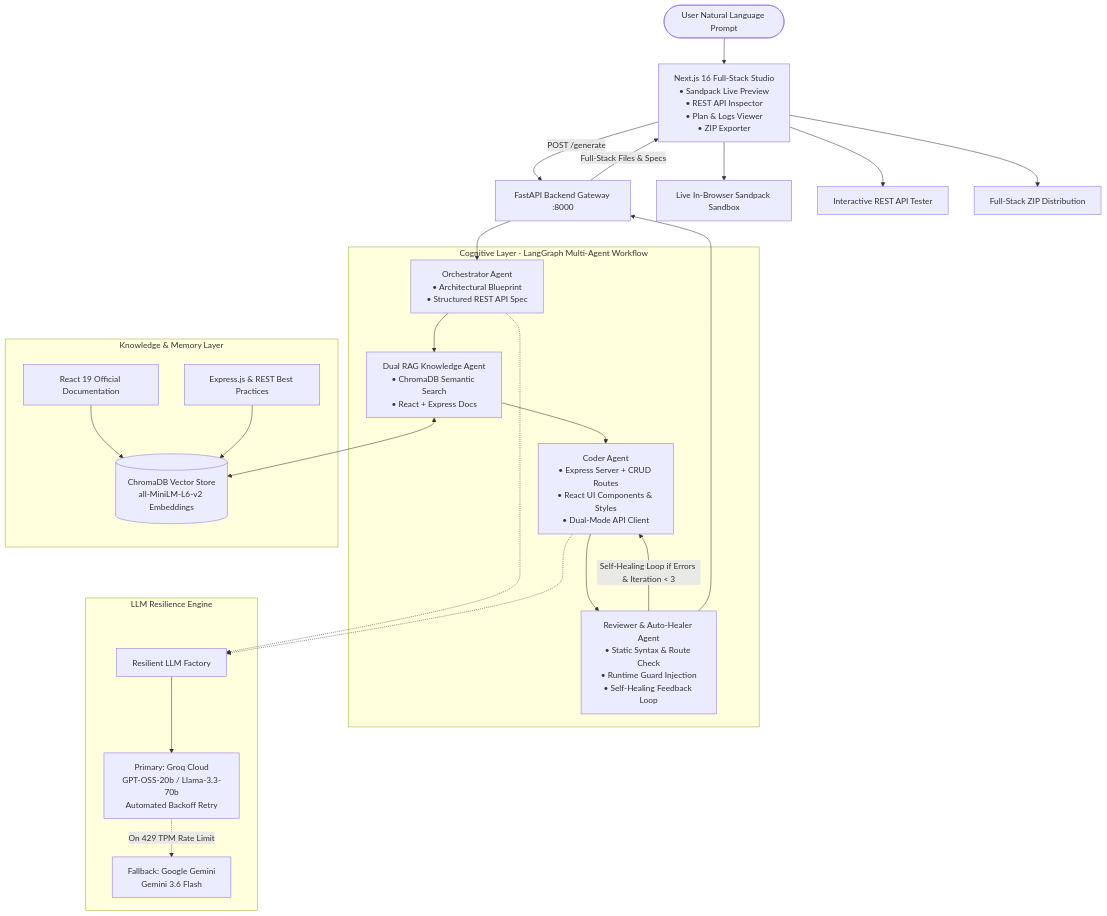
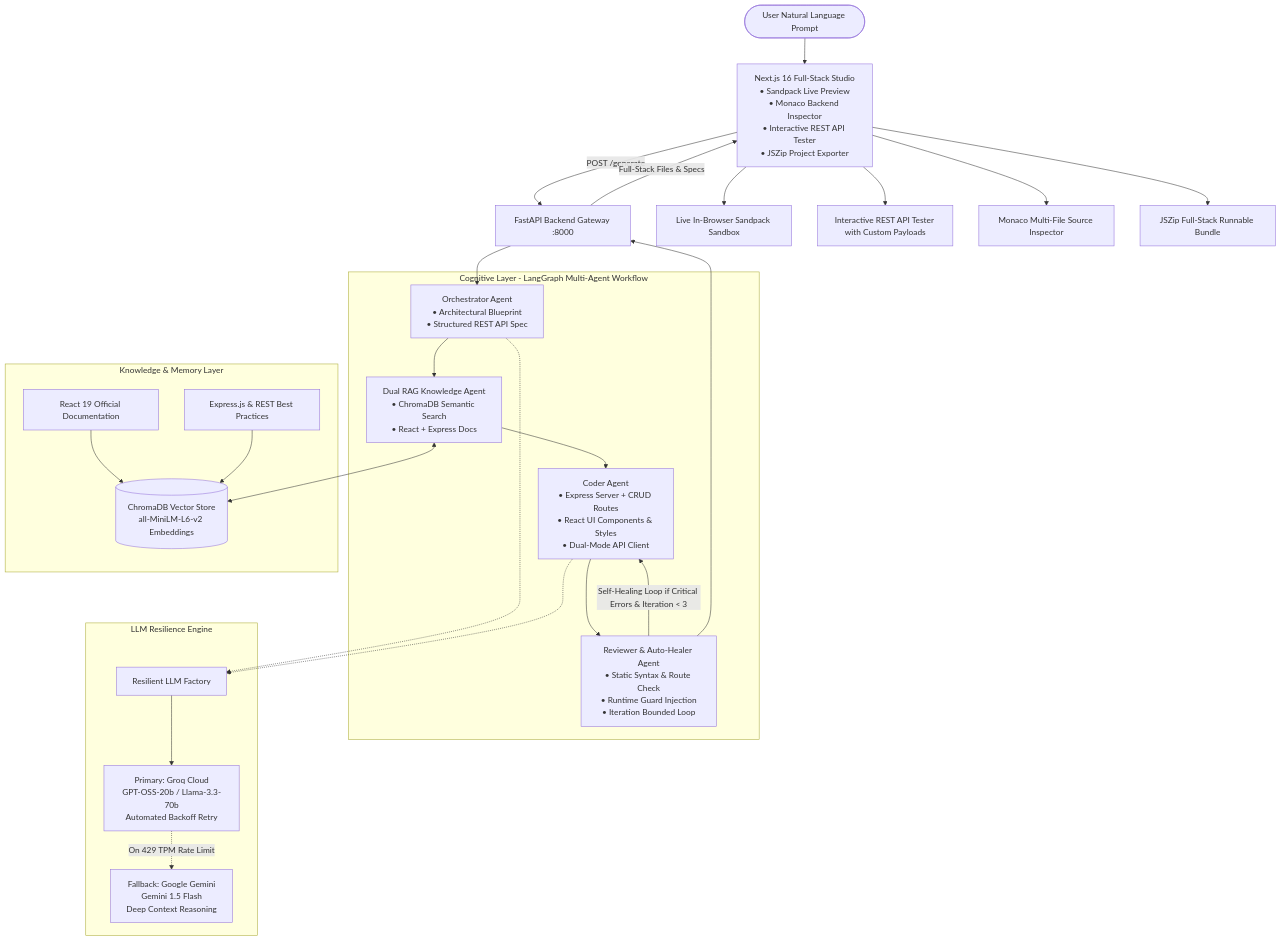
Before and after one commit to Nandinidurga/agentic-webdev: the first of 2 diagrams in architecture_and_workflow.md, drawn with Mermaid. The commit also changed other lines of this file, not shown here.

Commit message:
docs(architecture): update architecture diagrams and workflow specifications

````diff
--- a/architecture_and_workflow.md
+++ b/architecture_and_workflow.md
@@ -14,45 +14,46 @@
 ```mermaid
 flowchart TD
-    User([User Natural Language Prompt]) --> UI[Next.js 16 Full-Stack Studio\n• Sandpack Live Preview\n• REST API Inspector\n• Plan & Logs Viewer\n• ZIP Exporter]
+    User([User Natural Language Prompt]) --> UI[Next.js 16 Full-Stack Studio\n• Sandpack Live Preview\n• Monaco Backend Inspector\n• Interactive REST API Tester\n• JSZip Project Exporter]
     
     UI -->|POST /generate| Gateway[FastAPI Backend Gateway :8000]
 
     subgraph Cognitive Layer - LangGraph Multi-Agent Workflow
         Orchestrator[Orchestrator Agent\n• Architectural Blueprint\n• Structured REST API Spec]
         Knowledge[Dual RAG Knowledge Agent\n• ChromaDB Semantic Search\n• React + Express Docs]
         Coder[Coder Agent\n• Express Server + CRUD Routes\n• React UI Components & Styles\n• Dual-Mode API Client]
-        Reviewer[Reviewer & Auto-Healer Agent\n• Static Syntax & Route Check\n• Runtime Guard Injection\n• Self-Healing Feedback Loop]
+        Reviewer[Reviewer & Auto-Healer Agent\n• Static Syntax & Route Check\n• Runtime Guard Injection\n• Iteration Bounded Loop]
     end
 
     subgraph LLM Resilience Engine
         LLMFactory[Resilient LLM Factory]
         Groq[Primary: Groq Cloud\nGPT-OSS-20b / Llama-3.3-70b\nAutomated Backoff Retry]
-        Gemini[Fallback: Google Gemini\nGemini 3.6 Flash]
+        Gemini[Fallback: Google Gemini\nGemini 1.5 Flash\nDeep Context Reasoning]
     end
 
     subgraph Knowledge & Memory Layer
         Chroma[(ChromaDB Vector Store\nall-MiniLM-L6-v2 Embeddings)]
         FrontendDocs[React 19 Official Documentation]
         BackendDocs[Express.js & REST Best Practices]
     end
 
     Gateway --> Orchestrator
     Orchestrator --> Knowledge
     Knowledge <--> Chroma
     FrontendDocs --> Chroma
     BackendDocs --> Chroma
     Knowledge --> Coder
     Coder --> Reviewer
-    Reviewer -->|Self-Healing Loop if Errors & Iteration < 3| Coder
+    Reviewer -->|Self-Healing Loop if Critical Errors & Iteration < 3| Coder
     Reviewer --> Gateway
 
     Orchestrator -.-> LLMFactory
     Coder -.-> LLMFactory
     LLMFactory --> Groq
     Groq -.->|On 429 TPM Rate Limit| Gemini
 
     Gateway -->|Full-Stack Files & Specs| UI
     UI --> Sandpack[Live In-Browser Sandpack Sandbox]
-    UI --> ApiInspector[Interactive REST API Tester]
-    UI --> ZipExport[Full-Stack ZIP Distribution]
+    UI --> ApiInspector[Interactive REST API Tester with Custom Payloads]
+    UI --> BackendEditor[Monaco Multi-File Source Inspector]
+    UI --> ZipExport[JSZip Full-Stack Runnable Bundle]
 ```
````
